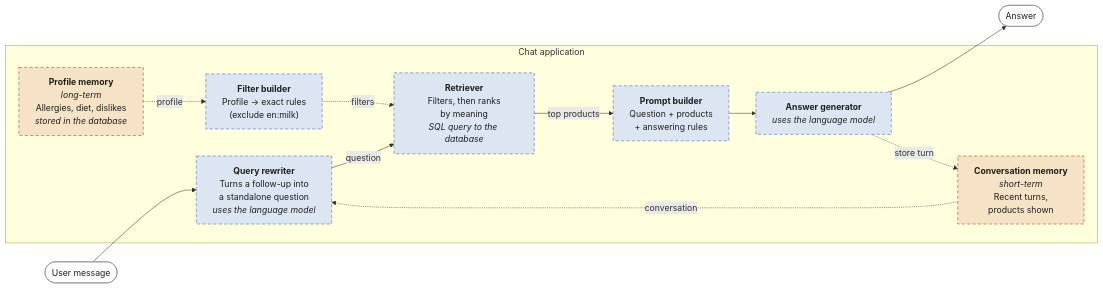
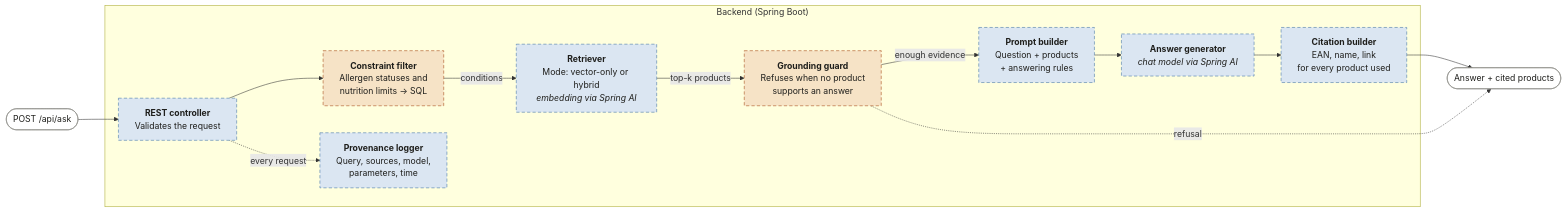
One commit to vmtoriia/rag-system changed the third of 4 diagrams in docs/ARCHITECTURE.md. Above: the diagram before and after it, drawn with Mermaid. The commit also changed other lines of this file and 3 other files, not shown here.

Commit message:
Align documentation with the project assignment: Java backend, hybrid search, allergen statuses

````diff
--- a/docs/ARCHITECTURE.md
+++ b/docs/ARCHITECTURE.md
@@ -103,33 +101,34 @@
 ```mermaid
 flowchart LR
-    input(["User message"])
-    output(["Answer"])
+    request(["POST /api/ask"])
+    response(["Answer + cited products"])
 
-    subgraph chat ["Chat application"]
-        stm["<b>Conversation memory</b><br/><i>short-term</i><br/>Recent turns,<br/>products shown"]
-        profile["<b>Profile memory</b><br/><i>long-term</i><br/>Allergies, diet, dislikes<br/><i>stored in the database</i>"]
-        rewriter["<b>Query rewriter</b><br/>Turns a follow-up into<br/>a standalone question<br/><i>uses the language model</i>"]
-        filters["<b>Filter builder</b><br/>Profile → exact rules<br/>(exclude en:milk)"]
-        retriever["<b>Retriever</b><br/>Filters, then ranks<br/>by meaning<br/><i>SQL query to the database</i>"]
+    subgraph backend ["Backend (Spring Boot)"]
+        controller["<b>REST controller</b><br/>Validates the request"]
+        filters["<b>Constraint filter</b><br/>Allergen statuses and<br/>nutrition limits → SQL"]
+        retriever["<b>Retriever</b><br/>Mode: vector-only or hybrid<br/><i>embedding via Spring AI</i>"]
+        guard["<b>Grounding guard</b><br/>Refuses when no product<br/>supports an answer"]
         prompt["<b>Prompt builder</b><br/>Question + products<br/>+ answering rules"]
-        generator["<b>Answer generator</b><br/><i>uses the language model</i>"]
+        generator["<b>Answer generator</b><br/><i>chat model via Spring AI</i>"]
+        citations["<b>Citation builder</b><br/>EAN, name, link<br/>for every product used"]
+        log["<b>Provenance logger</b><br/>Query, sources, model,<br/>parameters, time"]
     end
 
-    input --> rewriter
-    rewriter -- "question" --> retriever
-    retriever -- "top products" --> prompt
+    request --> controller
+    controller --> filters
+    filters -- "conditions" --> retriever
+    retriever -- "top-k products" --> guard
+    guard -- "enough evidence" --> prompt
     prompt --> generator
-    generator --> output
-
-    stm -. "conversation" .-> rewriter
-    profile -. "profile" .-> filters
-    filters -. "filters" .-> retriever
-    generator -. "store turn" .-> stm
+    generator --> citations
+    citations --> response
+    guard -. "refusal" .-> response
+    controller -. "every request" .-> log
 
     classDef planned fill:#dbe6f2,stroke:#3b6ea5,color:#1f1f1c,stroke-dasharray:6 4
-    classDef memory fill:#f6e3c6,stroke:#a3440f,color:#1f1f1c,stroke-dasharray:6 4
+    classDef safety fill:#f6e3c6,stroke:#a3440f,color:#1f1f1c,stroke-dasharray:6 4
     classDef io fill:#ffffff,stroke:#8a8a85,color:#1f1f1c
-    class rewriter,retriever,prompt,generator,filters planned
-    class stm,profile memory
-    class input,output io
+    class controller,retriever,prompt,generator,citations,log planned
+    class filters,guard safety
+    class request,response io
 ```
````
